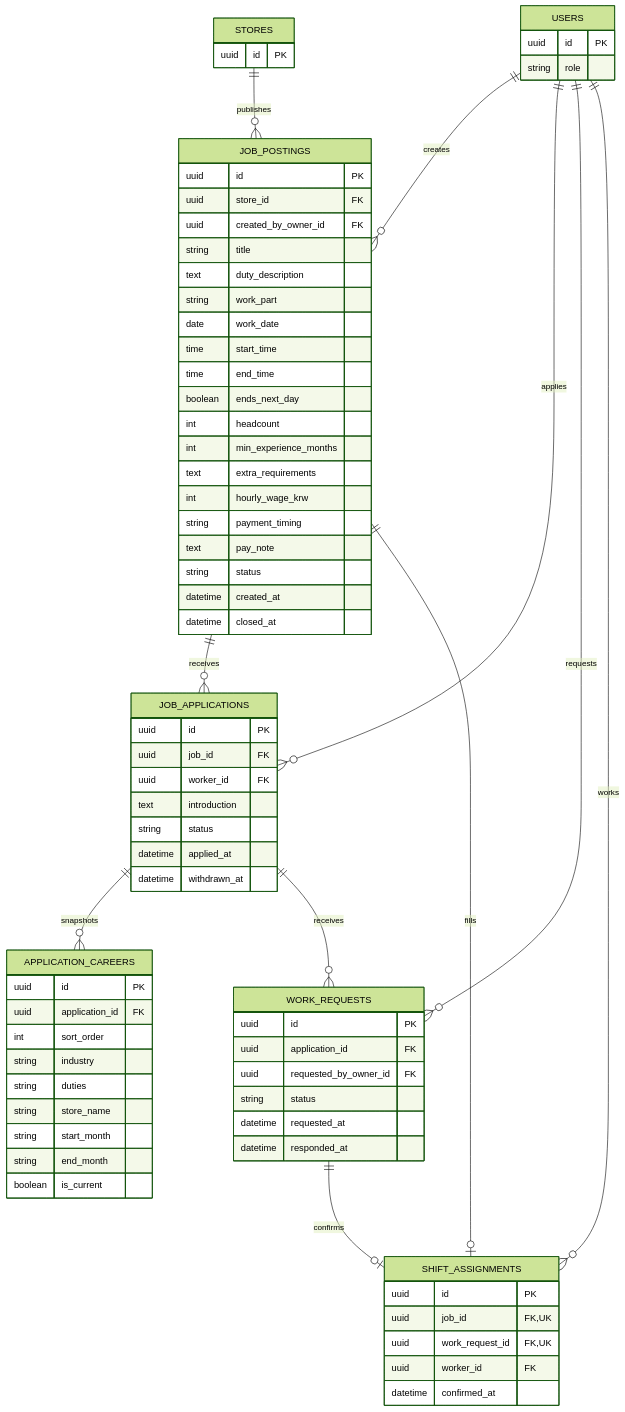
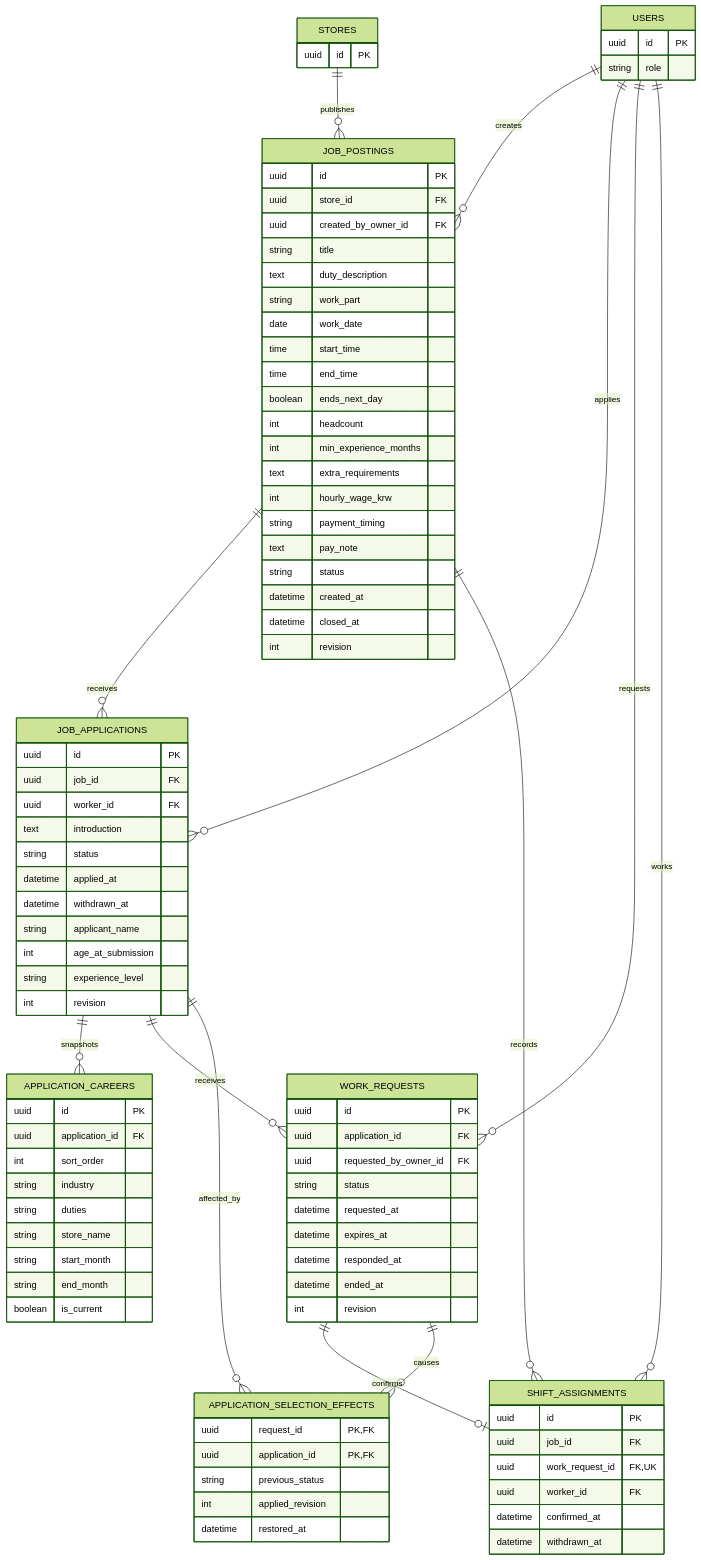
Before and after one commit to 2026-KW-HACKATHON/29_Jidan: the diagram in back-end/docs/erd/jobs.md, drawn with Mermaid (forest theme). The commit also changed other lines of this file, not shown here.

First line of the commit message:
docs(jobs): 재지원과 수락 마감 및 확정 철회 ERD 정합화

````diff
--- a/back-end/docs/erd/jobs.md
+++ b/back-end/docs/erd/jobs.md
@@ -10,7 +10,9 @@
     JOB_APPLICATIONS ||--o{ WORK_REQUESTS : receives
     USERS ||--o{ WORK_REQUESTS : requests
     WORK_REQUESTS ||--o| SHIFT_ASSIGNMENTS : confirms
-    JOB_POSTINGS ||--o| SHIFT_ASSIGNMENTS : fills
+    JOB_POSTINGS ||--o{ SHIFT_ASSIGNMENTS : records
+    WORK_REQUESTS ||--o{ APPLICATION_SELECTION_EFFECTS : causes
+    JOB_APPLICATIONS ||--o{ APPLICATION_SELECTION_EFFECTS : affected_by
     USERS ||--o{ SHIFT_ASSIGNMENTS : works
 
     STORES {
@@ -40,6 +42,7 @@
         string status
         datetime created_at
         datetime closed_at
+        int revision
     }
     JOB_APPLICATIONS {
         uuid id PK
@@ -49,6 +52,10 @@
         string status
         datetime applied_at
         datetime withdrawn_at
+        string applicant_name
+        int age_at_submission
+        string experience_level
+        int revision
     }
     APPLICATION_CAREERS {
         uuid id PK
@@ -67,13 +74,24 @@
         uuid requested_by_owner_id FK
         string status
         datetime requested_at
+        datetime expires_at
         datetime responded_at
+        datetime ended_at
+        int revision
+    }
+    APPLICATION_SELECTION_EFFECTS {
+        uuid request_id PK, FK
+        uuid application_id PK, FK
+        string previous_status
+        int applied_revision
+        datetime restored_at
     }
     SHIFT_ASSIGNMENTS {
         uuid id PK
-        uuid job_id FK, UK
+        uuid job_id FK
         uuid work_request_id FK, UK
         uuid worker_id FK
         datetime confirmed_at
+        datetime withdrawn_at
     }
 ```
````
